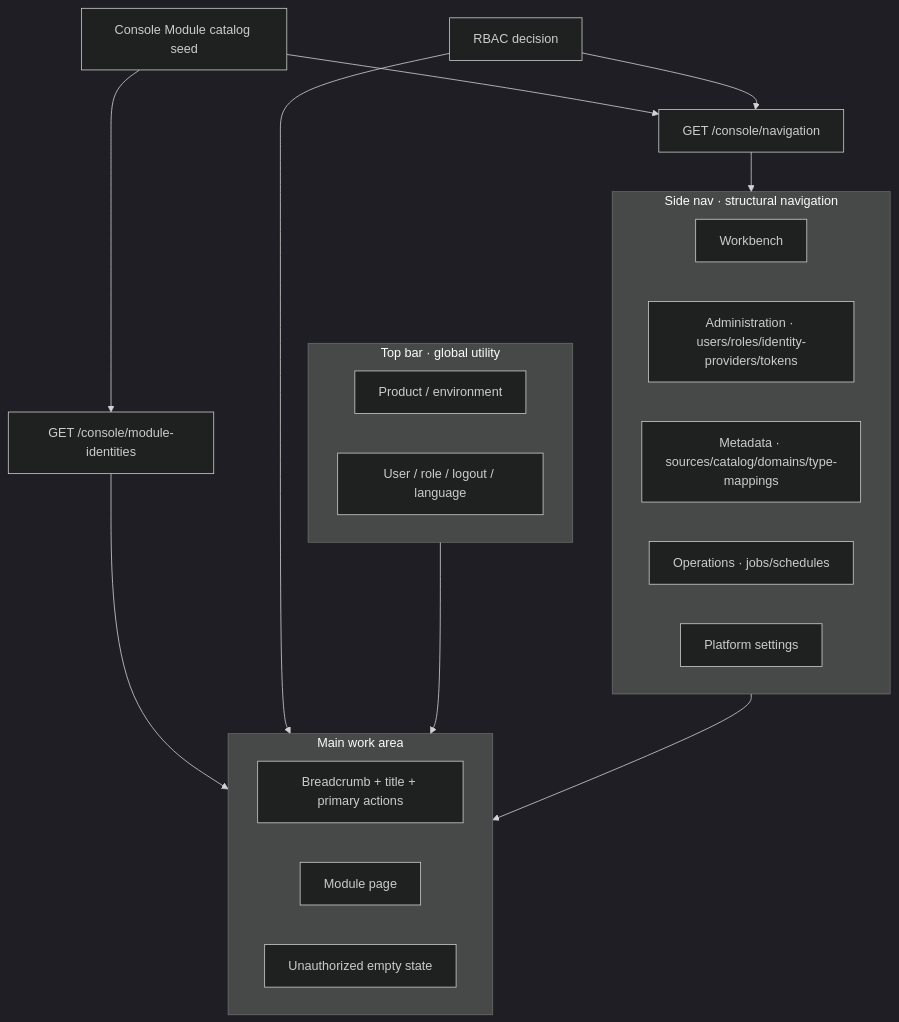
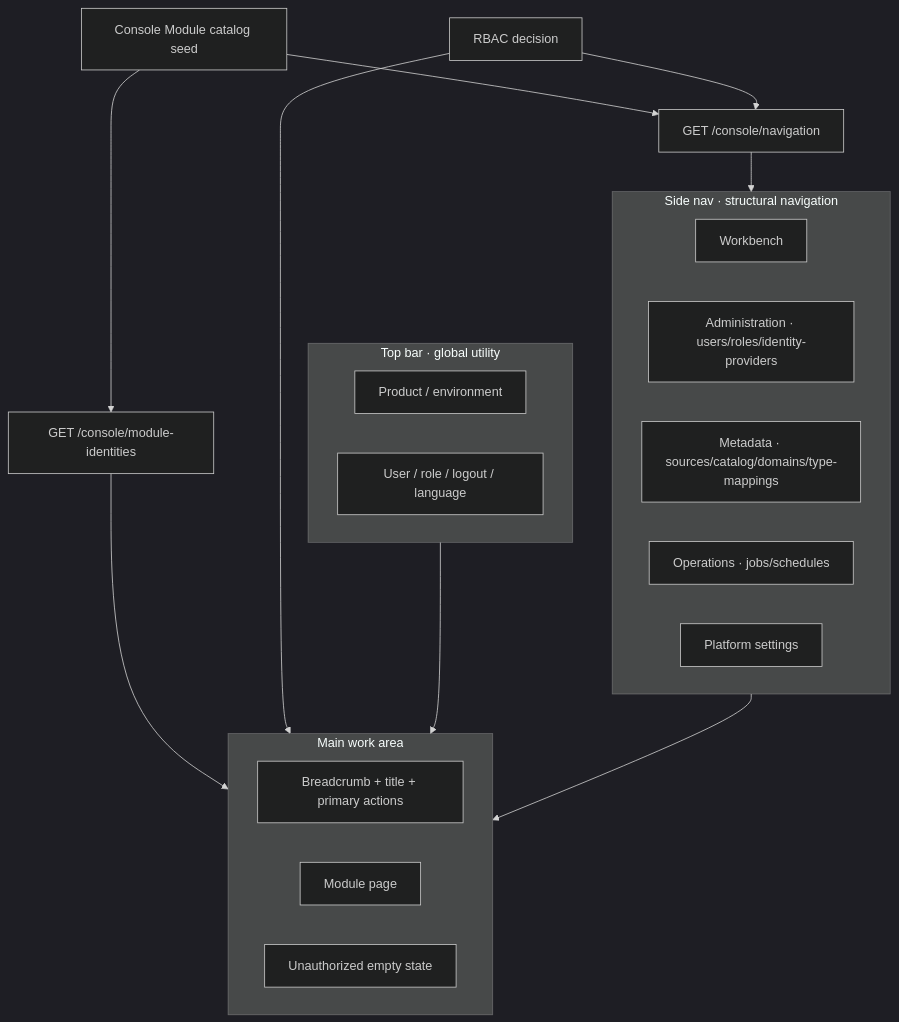
Before and after one commit to hughluang/refraq: the diagram in docs/business-management-console.md, drawn with Mermaid (dark theme). The commit also changed other lines of this file and 27 other files, not shown here.

````diff
--- a/docs/business-management-console.md
+++ b/docs/business-management-console.md
@@ -72,30 +72,30 @@
 ```mermaid
 flowchart TB
   subgraph TopBar["Top bar · global utility"]
     Brand["Product / environment"]
     UserMenu["User / role / logout / language"]
   end
 
   subgraph SideNav["Side nav · structural navigation"]
     G1["Workbench"]
-    G2["Administration · users/roles/identity-providers/tokens"]
+    G2["Administration · users/roles/identity-providers"]
     G3["Metadata · sources/catalog/domains/type-mappings"]
     G4["Operations · jobs/schedules"]
     G5["Platform settings"]
   end
 
   subgraph Main["Main work area"]
     Chrome["Breadcrumb + title + primary actions"]
     Body["Module page"]
     Empty["Unauthorized empty state"]
   end
 
   Catalog["Console Module catalog seed"] --> NavAPI["GET /console/navigation"]
   Catalog --> IdAPI["GET /console/module-identities"]
   RBAC["RBAC decision"] --> NavAPI
   NavAPI --> SideNav
   IdAPI --> Main
   RBAC --> Main
   TopBar --> Main
   SideNav --> Main
 ```
````
